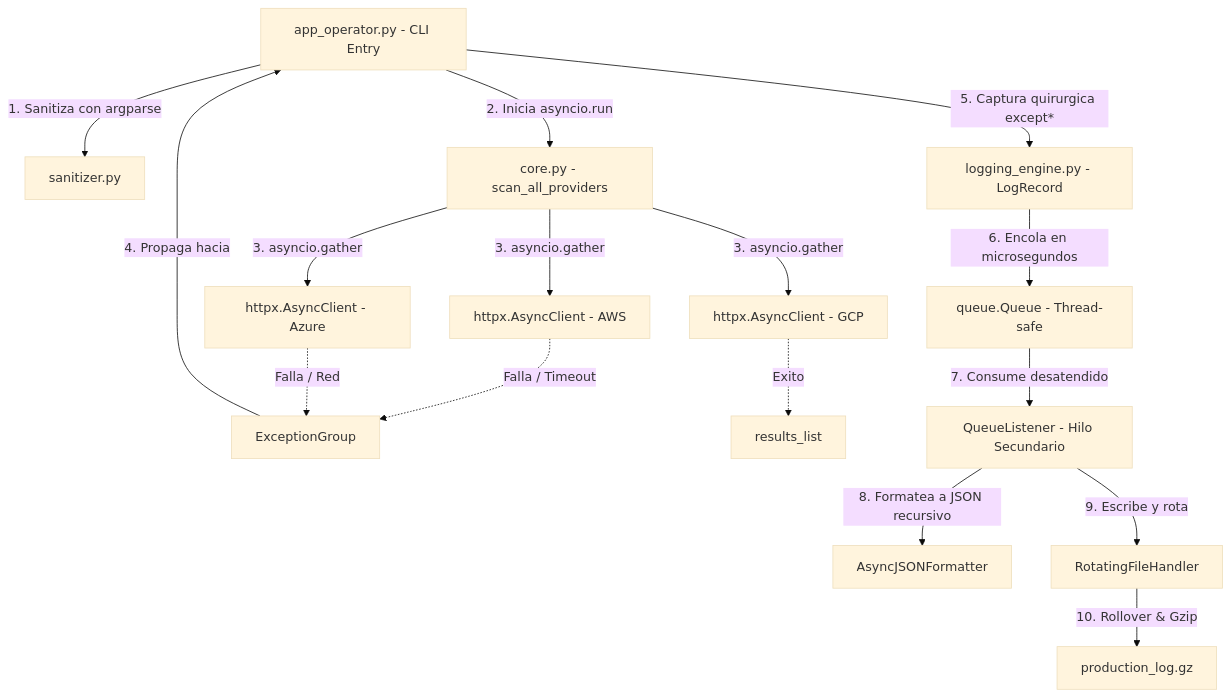
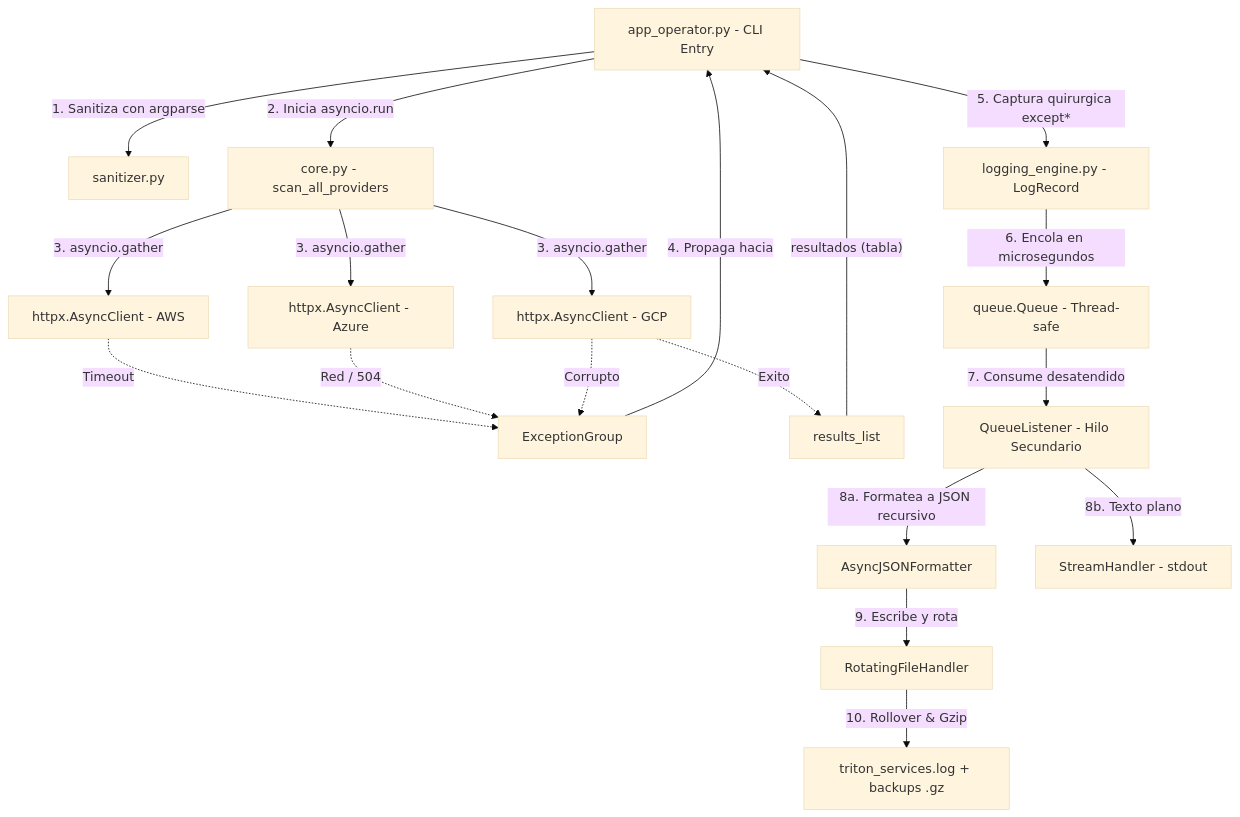
Before and after one commit to Ferco7/triton_monitor: the diagram in README.md, drawn with Mermaid (base theme).

Commit message:
docs: ajustar diagrama de arquitectura al flujo real

````diff
--- a/README.md
+++ b/README.md
@@ -86,33 +86,37 @@
 ```mermaid
 graph TD
     CLI["app_operator.py - CLI Entry"]
     SAN["sanitizer.py"]
     CORE["core.py - scan_all_providers"]
     AWS["httpx.AsyncClient - AWS"]
     AZURE["httpx.AsyncClient - Azure"]
     GCP["httpx.AsyncClient - GCP"]
     EXC["ExceptionGroup"]
     RES["results_list"]
     LOG_ENG["logging_engine.py - LogRecord"]
     QUEUE["queue.Queue - Thread-safe"]
     LISTENER["QueueListener - Hilo Secundario"]
     FMT["AsyncJSONFormatter"]
     HANDLER["RotatingFileHandler"]
-    LOG_FILE["production_log.gz"]
+    CONSOLE["StreamHandler - stdout"]
+    LOG_FILE["triton_services.log + backups .gz"]
 
     CLI -- "1. Sanitiza con argparse" --> SAN
     CLI -- "2. Inicia asyncio.run" --> CORE
     CORE -- "3. asyncio.gather" --> AWS
     CORE -- "3. asyncio.gather" --> AZURE
     CORE -- "3. asyncio.gather" --> GCP
-    AWS -. "Falla / Timeout" .-> EXC
-    AZURE -. "Falla / Red" .-> EXC
+    AWS -. "Timeout" .-> EXC
+    AZURE -. "Red / 504" .-> EXC
+    GCP -. "Corrupto" .-> EXC
     GCP -. "Exito" .-> RES
     EXC -- "4. Propaga hacia" --> CLI
+    RES -- "resultados (tabla)" --> CLI
     CLI -- "5. Captura quirurgica except*" --> LOG_ENG
     LOG_ENG -- "6. Encola en microsegundos" --> QUEUE
     QUEUE -- "7. Consume desatendido" --> LISTENER
-    LISTENER -- "8. Formatea a JSON recursivo" --> FMT
-    LISTENER -- "9. Escribe y rota" --> HANDLER
+    LISTENER -- "8a. Formatea a JSON recursivo" --> FMT
+    LISTENER -- "8b. Texto plano" --> CONSOLE
+    FMT -- "9. Escribe y rota" --> HANDLER
     HANDLER -- "10. Rollover & Gzip" --> LOG_FILE
 ```
````
